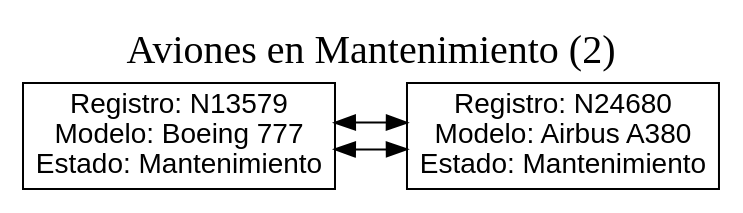
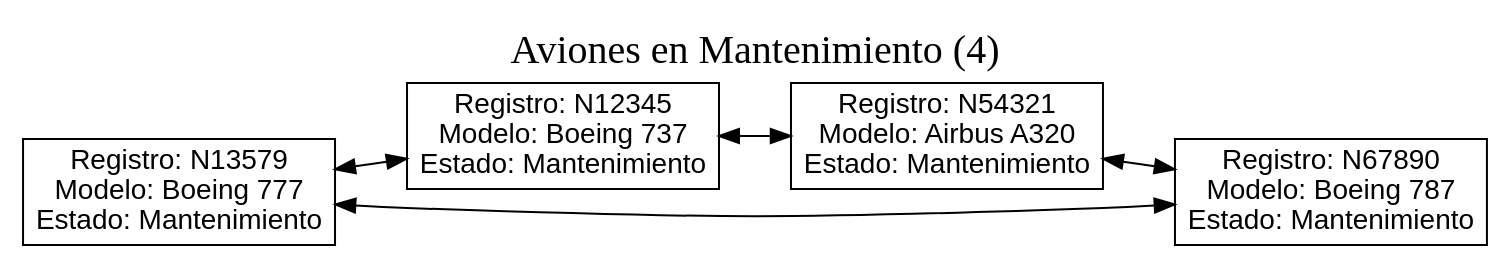
The diagram in src/aviones_mantenimiento.dot (natstyles/202400111_EDD_Proyecto), drawn with Graphviz before and after one commit. The commit also changed 7 other files, not shown here.

Commit message:
[FIX] Cambio de estado de aviones

```diff
--- a/src/aviones_mantenimiento.dot
+++ b/src/aviones_mantenimiento.dot
@@ -1,11 +1,15 @@
 digraph G {
 rankdir=LR;
 labelloc="t";
-label="Aviones en Mantenimiento (2)";
+label="Aviones en Mantenimiento (4)";
 fontsize=20;
 node [shape=box, fontname="Arial"];
 n0 [label="Registro: N13579\nModelo: Boeing 777\nEstado: Mantenimiento"];
-n1 [label="Registro: N24680\nModelo: Airbus A380\nEstado: Mantenimiento"];
+n1 [label="Registro: N12345\nModelo: Boeing 737\nEstado: Mantenimiento"];
+n2 [label="Registro: N54321\nModelo: Airbus A320\nEstado: Mantenimiento"];
+n3 [label="Registro: N67890\nModelo: Boeing 787\nEstado: Mantenimiento"];
 n0 -> n1 [dir=both];
-n1 -> n0 [dir=both];
+n1 -> n2 [dir=both];
+n2 -> n3 [dir=both];
+n3 -> n0 [dir=both];
 }
```
